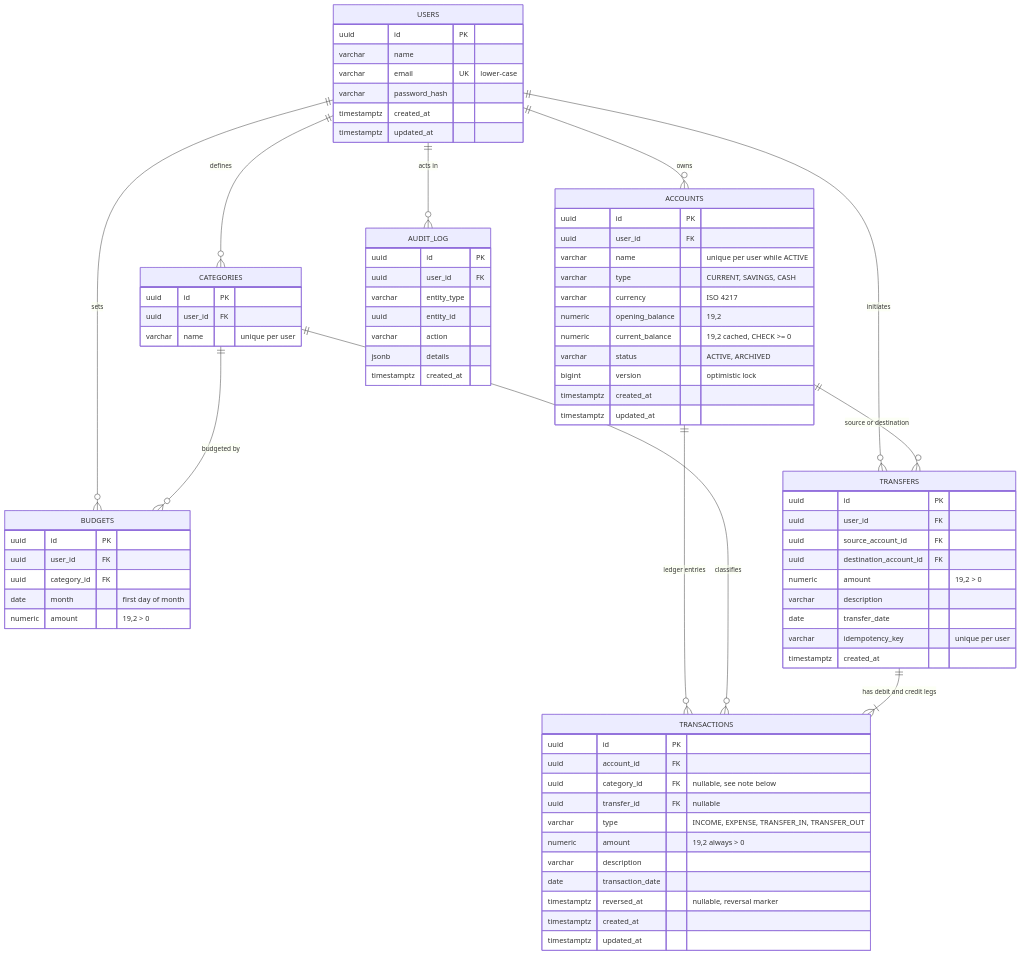
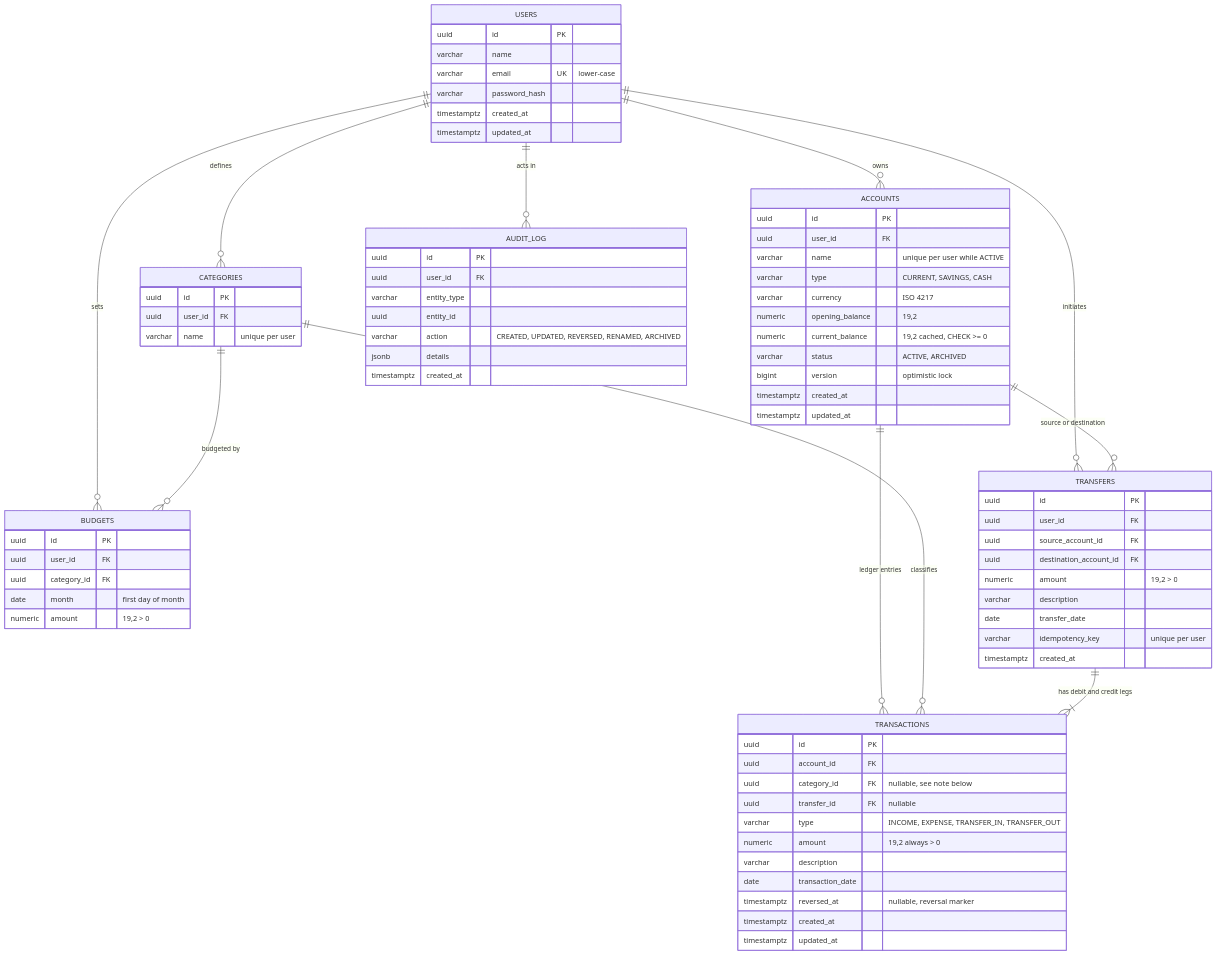
The diagram in docs/DATABASE_DESIGN.md (TanviC1314/fintrack-personal-finance-system), drawn with Mermaid before and after one commit. The commit also changed other lines of this file and 15 other files, not shown here.

````diff
--- a/docs/DATABASE_DESIGN.md
+++ b/docs/DATABASE_DESIGN.md
@@ -10,80 +10,80 @@
 ```mermaid
 erDiagram
     USERS ||--o{ ACCOUNTS : owns
     USERS ||--o{ CATEGORIES : defines
     USERS ||--o{ BUDGETS : sets
     USERS ||--o{ TRANSFERS : initiates
     USERS ||--o{ AUDIT_LOG : "acts in"
     ACCOUNTS ||--o{ TRANSACTIONS : "ledger entries"
     CATEGORIES ||--o{ TRANSACTIONS : classifies
     CATEGORIES ||--o{ BUDGETS : "budgeted by"
     TRANSFERS ||--|{ TRANSACTIONS : "has debit and credit legs"
     ACCOUNTS ||--o{ TRANSFERS : "source or destination"
 
     USERS {
         uuid id PK
         varchar name
         varchar email UK "lower-case"
         varchar password_hash
         timestamptz created_at
         timestamptz updated_at
     }
     ACCOUNTS {
         uuid id PK
         uuid user_id FK
         varchar name "unique per user while ACTIVE"
         varchar type "CURRENT, SAVINGS, CASH"
         varchar currency "ISO 4217"
         numeric opening_balance "19,2"
         numeric current_balance "19,2 cached, CHECK >= 0"
         varchar status "ACTIVE, ARCHIVED"
         bigint version "optimistic lock"
         timestamptz created_at
         timestamptz updated_at
     }
     TRANSACTIONS {
         uuid id PK
         uuid account_id FK
         uuid category_id FK "nullable, see note below"
         uuid transfer_id FK "nullable"
         varchar type "INCOME, EXPENSE, TRANSFER_IN, TRANSFER_OUT"
         numeric amount "19,2 always > 0"
         varchar description
         date transaction_date
         timestamptz reversed_at "nullable, reversal marker"
         timestamptz created_at
         timestamptz updated_at
     }
     TRANSFERS {
         uuid id PK
         uuid user_id FK
         uuid source_account_id FK
         uuid destination_account_id FK
         numeric amount "19,2 > 0"
         varchar description
         date transfer_date
         varchar idempotency_key "unique per user"
         timestamptz created_at
     }
     CATEGORIES {
         uuid id PK
         uuid user_id FK
         varchar name "unique per user"
     }
     BUDGETS {
         uuid id PK
         uuid user_id FK
         uuid category_id FK
         date month "first day of month"
         numeric amount "19,2 > 0"
     }
     AUDIT_LOG {
         uuid id PK
         uuid user_id FK
         varchar entity_type
         uuid entity_id
-        varchar action
+        varchar action "CREATED, UPDATED, REVERSED, RENAMED, ARCHIVED"
         jsonb details
         timestamptz created_at
     }
 ```
````
